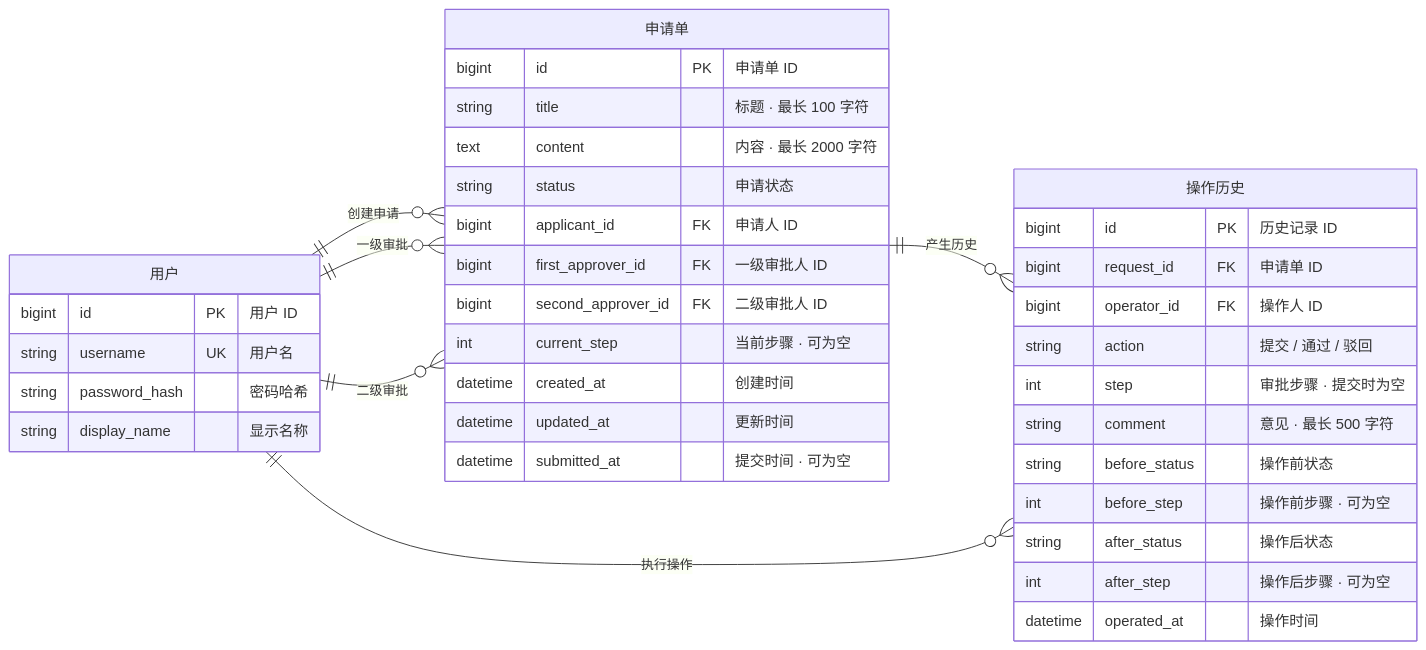
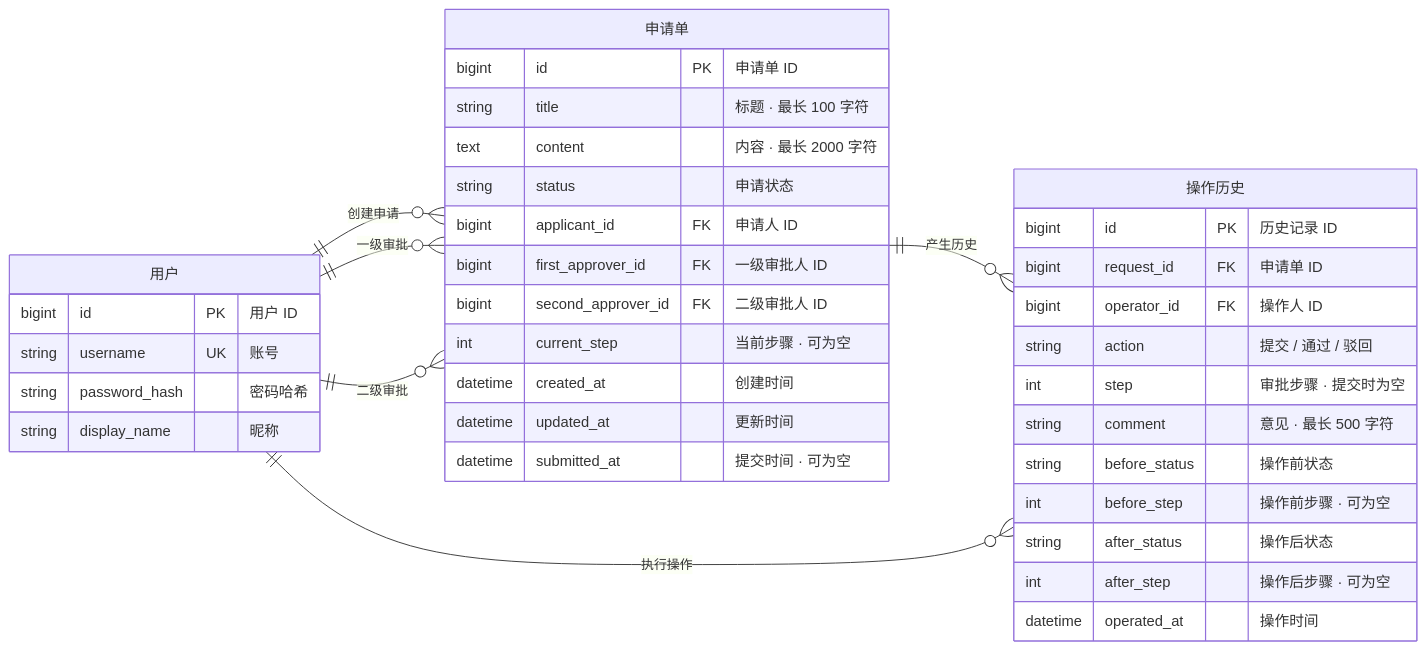
One commit to XHIMERA-lubaozi/approval-system changed the diagram in doc/ER图.md. Above: the diagram before and after it, drawn with Mermaid. The commit also changed 42 other files, not shown here.

````diff
--- a/doc/ER图.md
+++ b/doc/ER图.md
@@ -1,45 +1,45 @@
 ```mermaid
 erDiagram
     direction LR
 
     USER["用户"] {
         bigint id PK "用户 ID"
-        string username UK "用户名"
+        string username UK "账号"
         string password_hash "密码哈希"
-        string display_name "显示名称"
+        string display_name "昵称"
     }
 
     APPROVAL_REQUEST["申请单"] {
         bigint id PK "申请单 ID"
         string title "标题 · 最长 100 字符"
         text content "内容 · 最长 2000 字符"
         string status "申请状态"
         bigint applicant_id FK "申请人 ID"
         bigint first_approver_id FK "一级审批人 ID"
         bigint second_approver_id FK "二级审批人 ID"
         int current_step "当前步骤 · 可为空"
         datetime created_at "创建时间"
         datetime updated_at "更新时间"
         datetime submitted_at "提交时间 · 可为空"
     }
 
     OPERATION_HISTORY["操作历史"] {
         bigint id PK "历史记录 ID"
         bigint request_id FK "申请单 ID"
         bigint operator_id FK "操作人 ID"
         string action "提交 / 通过 / 驳回"
         int step "审批步骤 · 提交时为空"
         string comment "意见 · 最长 500 字符"
         string before_status "操作前状态"
         int before_step "操作前步骤 · 可为空"
         string after_status "操作后状态"
         int after_step "操作后步骤 · 可为空"
         datetime operated_at "操作时间"
     }
 
     USER ||--o{ APPROVAL_REQUEST : "创建申请"
     USER ||--o{ APPROVAL_REQUEST : "一级审批"
     USER ||--o{ APPROVAL_REQUEST : "二级审批"
     APPROVAL_REQUEST ||--o{ OPERATION_HISTORY : "产生历史"
     USER ||--o{ OPERATION_HISTORY : "执行操作"
 ```
````
